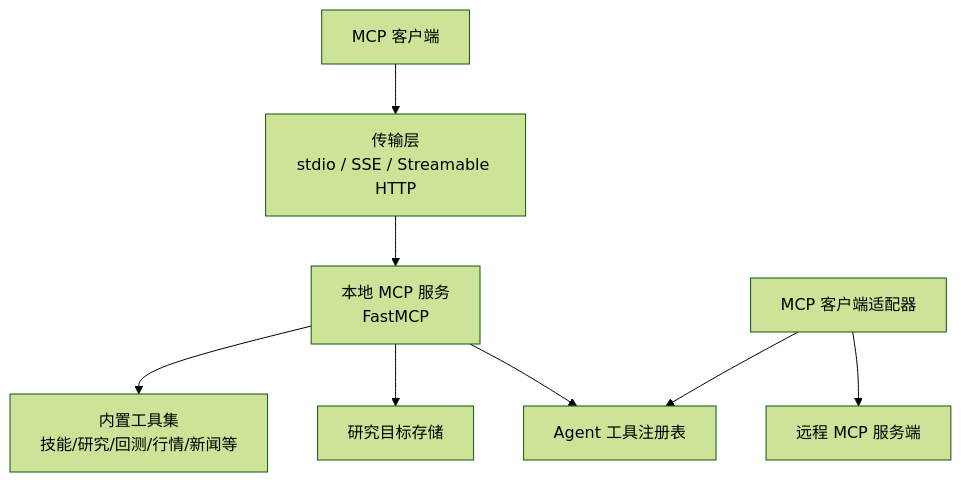
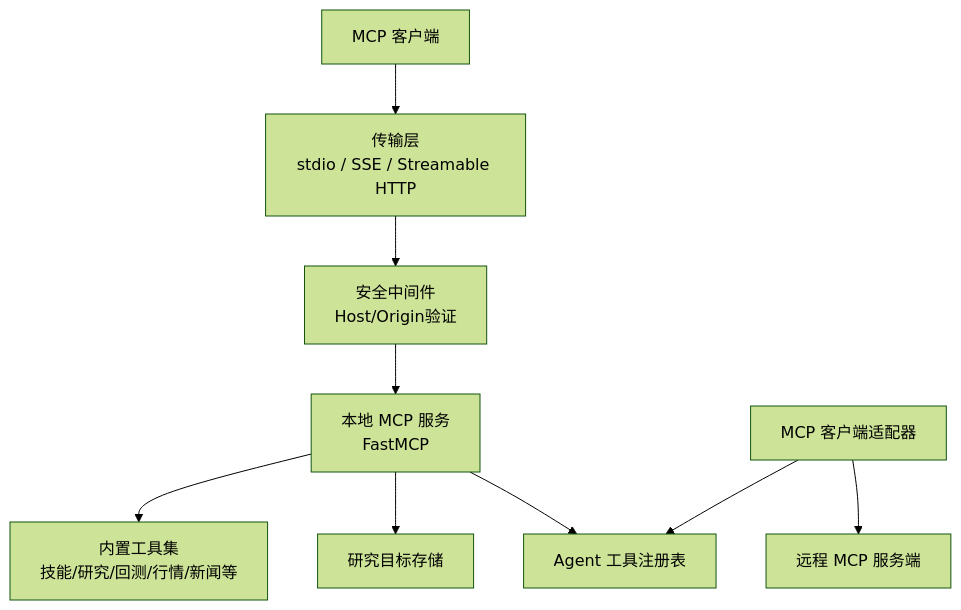
The first of 6 diagrams in .qoder/repowiki/zh/content/API参考/MCP协议.md (20012002er/Vibe-Trading), drawn with Mermaid (forest theme) before and after one commit. The commit also changed other lines of this file and 67 other files, not shown here.

````diff
--- a/.qoder/repowiki/zh/content/API参考/MCP协议.md
+++ b/.qoder/repowiki/zh/content/API参考/MCP协议.md
@@ -43,10 +51,11 @@
 ```mermaid
 graph TB
 Client["MCP 客户端"] --> Transport["传输层<br/>stdio / SSE / Streamable HTTP"]
-Transport --> Server["本地 MCP 服务<br/>FastMCP"]
+Transport --> Security["安全中间件<br/>Host/Origin验证"]
+Security --> Server["本地 MCP 服务<br/>FastMCP"]
 Server --> Tools["内置工具集<br/>技能/研究/回测/行情/新闻等"]
 Server --> GoalStore["研究目标存储"]
 Server --> Registry["Agent 工具注册表"]
 Adapter["MCP 客户端适配器"] --> RemoteServer["远程 MCP 服务端"]
 Adapter --> Registry
 ```
````
